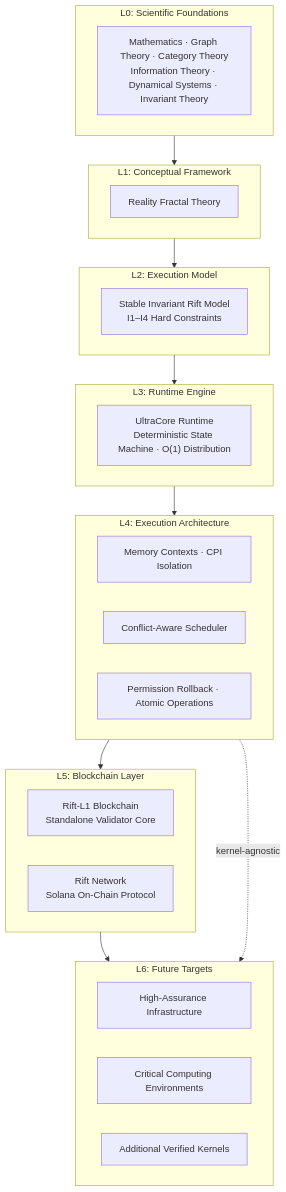
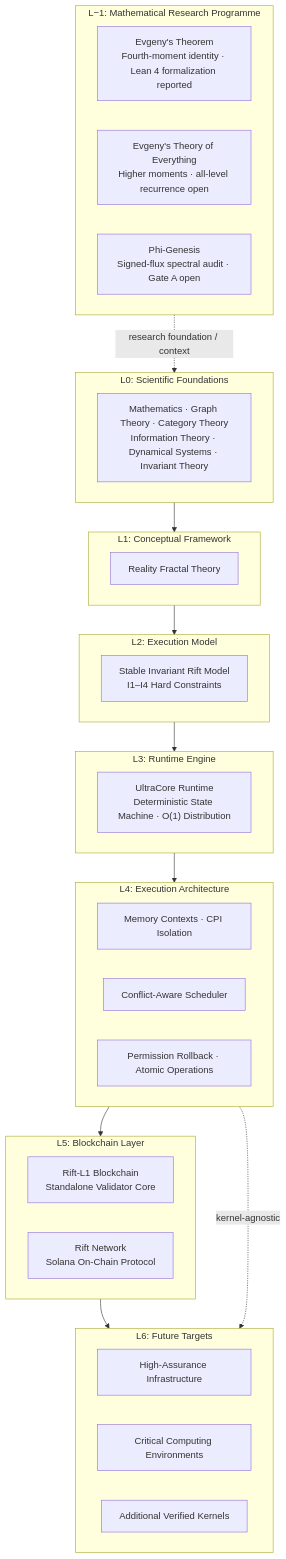
The first of 3 diagrams in docs/platform.md (RFT-SIRM/UltraCore-RFT), drawn with Mermaid before and after one commit. The commit also changed other lines of this file and 12 other files, not shown here.

First line of the commit message:
docs: establish theorem-first research hierarchy

````diff
--- a/docs/platform.md
+++ b/docs/platform.md
@@ -42,36 +41,42 @@
 ```mermaid
 flowchart TB
+ subgraph Lminus1["L−1: Mathematical Research Programme"]
+ THEOREM["Evgeny's Theorem\nFourth-moment identity · Lean 4 formalization reported"]
+ TOE["Evgeny's Theory of Everything\nHigher moments · all-level recurrence open"]
+ PHI["Phi-Genesis\nSigned-flux spectral audit · Gate A open"]
+ end
  subgraph L0["L0: Scientific Foundations"]
  MATH["Mathematics · Graph Theory · Category Theory\nInformation Theory · Dynamical Systems · Invariant Theory"]
  end
  subgraph L1["L1: Conceptual Framework"]
  RFT["Reality Fractal Theory"]
  end
  subgraph L2["L2: Execution Model"]
  SIRM["Stable Invariant Rift Model\nI1–I4 Hard Constraints"]
  end
  subgraph L3["L3: Runtime Engine"]
  UC["UltraCore Runtime\nDeterministic State Machine · O(1) Distribution"]
  end
  subgraph L4["L4: Execution Architecture"]
  MEM["Memory Contexts · CPI Isolation"]
  SCHED["Conflict-Aware Scheduler"]
  ROLL["Permission Rollback · Atomic Operations"]
  end
  subgraph L5["L5: Blockchain Layer"]
  L1B["Rift-L1 Blockchain\nStandalone Validator Core"]
  NET["Rift Network\nSolana On-Chain Protocol"]
  end
  subgraph L6["L6: Future Targets"]
  HA["High-Assurance Infrastructure"]
  CRIT["Critical Computing Environments"]
  KERNEL["Additional Verified Kernels"]
  end
+ Lminus1 -.->|"research foundation / context"| L0
  L0 --> L1
  L1 --> L2
  L2 --> L3
  L3 --> L4
  L4 --> L5
  L5 --> L6
  L4 -.->|"kernel-agnostic"| L6
 ```
````
